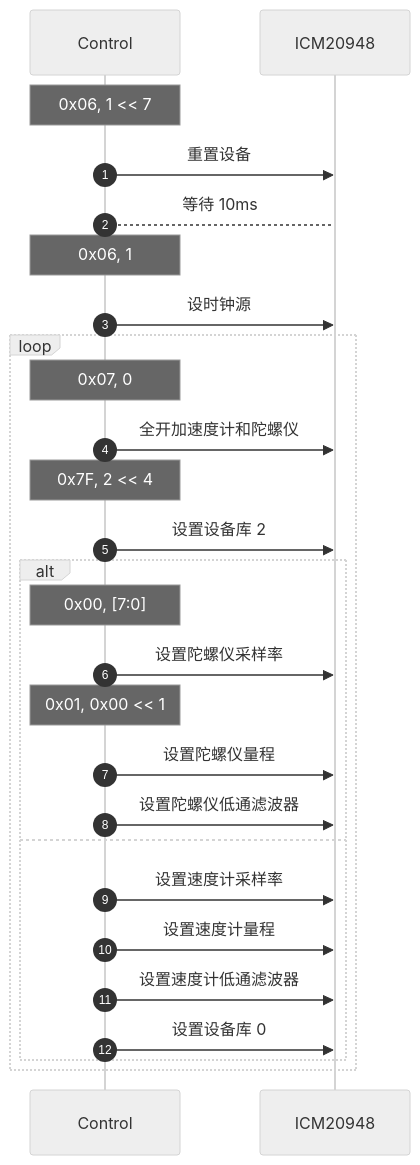
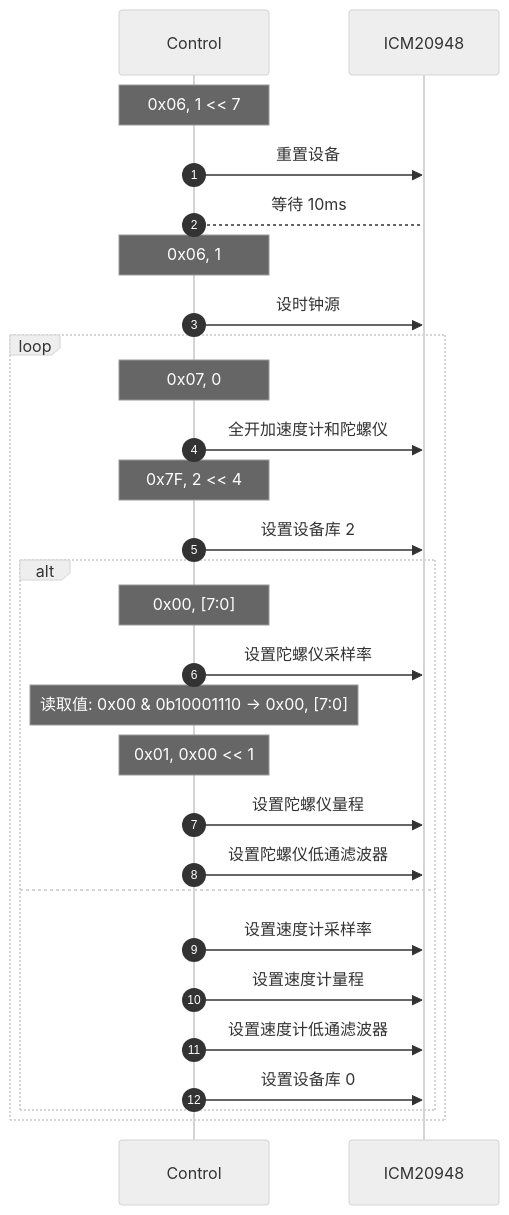
One commit to hkdickyko/hkdickyko.github.io changed the second of 3 diagrams in _posts/2025-04-06-mdchart.md. Above: the diagram before and after it, drawn with Mermaid (neutral theme). The commit also changed other lines of this file, not shown here.

```diff
--- a/_posts/2025-04-06-mdchart.md
+++ b/_posts/2025-04-06-mdchart.md
@@ -145,29 +145,30 @@
 <div class="mermaid">
 sequenceDiagram;
    autonumber;
    participant C as Control;
    participant I as ICM20948;
    note over C: 0x06, 1 << 7;
    C->>I: 重置设备;
    C-->I: 等待 10ms
    note over C: 0x06, 1;
    C->>I: 设时钟源;
    loop;
    note over C: 0x07, 0;
    C->>I: 全开加速度计和陀螺仪;
    note over C: 0x7F, 2 << 4;
    C->>I: 设置设备库 2;
    alt;
    note over C: 0x00, [7:0];
    C->>I: 设置陀螺仪采样率;
+   note over C: 读取值: 0x00 & 0b10001110 -> 0x00, [7:0];
    note over C: 0x01, 0x00 << 1;
    C->>I: 设置陀螺仪量程;
    C->>I: 设置陀螺仪低通滤波器;
    else;
    C->>I: 设置速度计采样率;
    C->>I: 设置速度计量程;
    C->>I: 设置速度计低通滤波器;
    C->>I: 设置设备库 0;
    end
    end
 </div>
```
